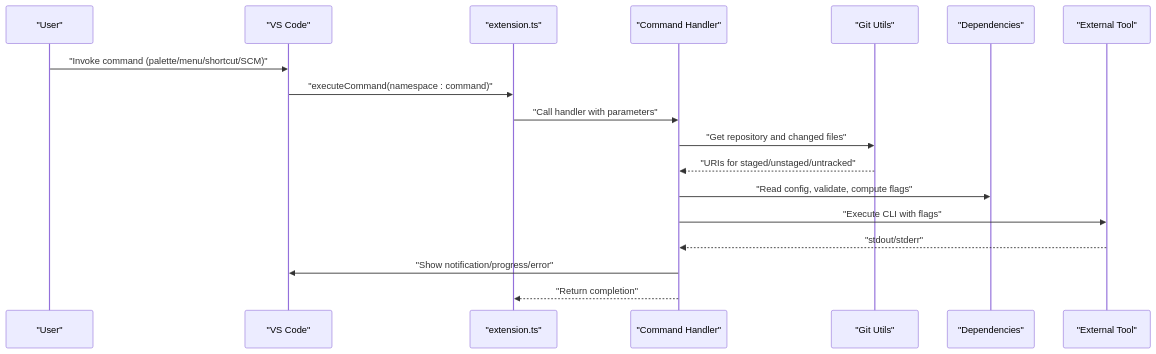
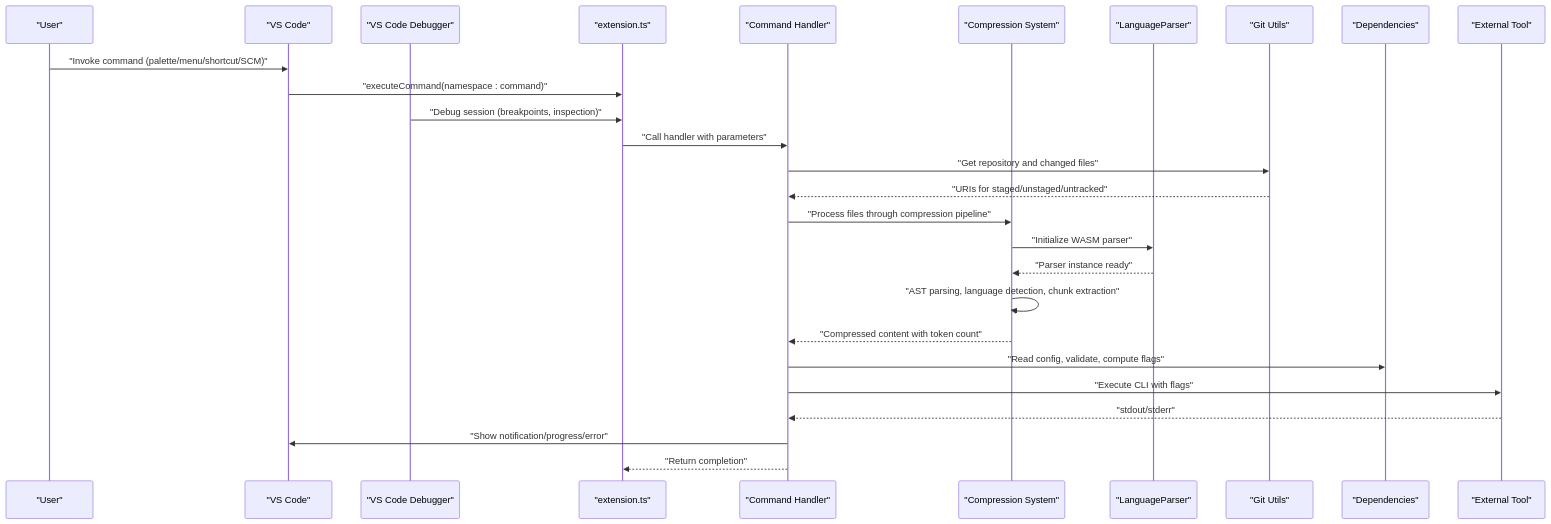
One commit to bramburn/repomix-runner changed the second of 6 diagrams in .qoder/repowiki/en/content/Command System/Command System.md. Above: the diagram before and after it, drawn with Mermaid. The commit also changed other lines of this file and 19 other files, not shown here.

````diff
--- a/.qoder/repowiki/en/content/Command System/Command System.md
+++ b/.qoder/repowiki/en/content/Command System/Command System.md
@@ -166,20 +178,29 @@
 ```mermaid
 sequenceDiagram
 participant User as "User"
 participant VSCode as "VS Code"
+participant Debugger as "VS Code Debugger"
 participant Ext as "extension.ts"
 participant Cmd as "Command Handler"
+participant Comp as "Compression System"
+participant Parser as "LanguageParser"
 participant Git as "Git Utils"
 participant Deps as "Dependencies"
 participant Tool as "External Tool"
 User->>VSCode : "Invoke command (palette/menu/shortcut/SCM)"
 VSCode->>Ext : "executeCommand(namespace : command)"
+Debugger->>Ext : "Debug session (breakpoints, inspection)"
 Ext->>Cmd : "Call handler with parameters"
 Cmd->>Git : "Get repository and changed files"
 Git-->>Cmd : "URIs for staged/unstaged/untracked"
+Cmd->>Comp : "Process files through compression pipeline"
+Comp->>Parser : "Initialize WASM parser"
+Parser-->>Comp : "Parser instance ready"
+Comp->>Comp : "AST parsing, language detection, chunk extraction"
+Comp-->>Cmd : "Compressed content with token count"
 Cmd->>Deps : "Read config, validate, compute flags"
 Cmd->>Tool : "Execute CLI with flags"
 Tool-->>Cmd : "stdout/stderr"
 Cmd->>VSCode : "Show notification/progress/error"
 Cmd-->>Ext : "Return completion"
 ```
````
